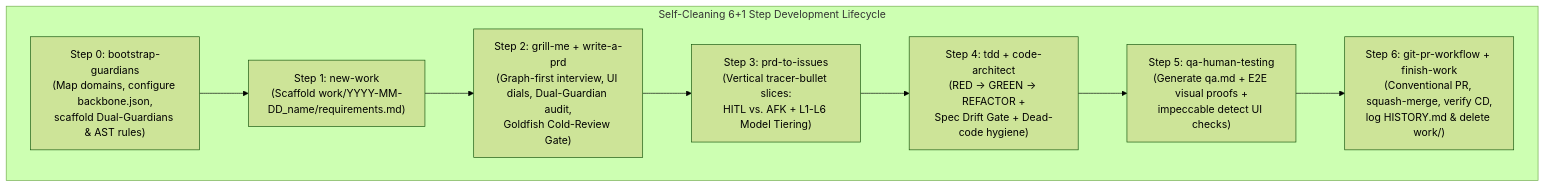
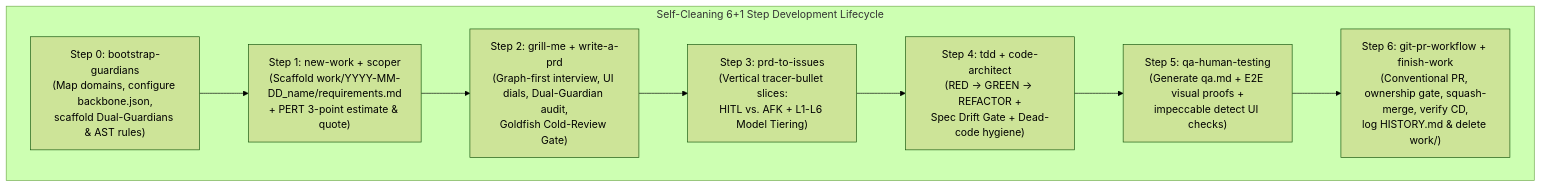
The diagram in README.md (luizreverso/chassi), drawn with Mermaid (forest theme) before and after one commit. The commit also changed other lines of this file and 22 other files, not shown here.

````diff
--- a/README.md
+++ b/README.md
@@ -9,13 +9,13 @@
 ```mermaid
 flowchart TD
     subgraph Lifecycle["Self-Cleaning 6+1 Step Development Lifecycle"]
         S0["Step 0: bootstrap-guardians<br/>(Map domains, configure backbone.json,<br/>scaffold Dual-Guardians & AST rules)"]
-        S1["Step 1: new-work<br/>(Scaffold work/YYYY-MM-DD_name/requirements.md)"]
+        S1["Step 1: new-work + scoper<br/>(Scaffold work/YYYY-MM-DD_name/requirements.md<br/>+ PERT 3-point estimate & quote)"]
         S2["Step 2: grill-me + write-a-prd<br/>(Graph-first interview, UI dials, Dual-Guardian audit,<br/>Goldfish Cold-Review Gate)"]
         S3["Step 3: prd-to-issues<br/>(Vertical tracer-bullet slices:<br/>HITL vs. AFK + L1-L6 Model Tiering)"]
         S4["Step 4: tdd + code-architect<br/>(RED -> GREEN -> REFACTOR +<br/>Spec Drift Gate + Dead-code hygiene)"]
         S5["Step 5: qa-human-testing<br/>(Generate qa.md + E2E visual proofs +<br/>impeccable detect UI checks)"]
-        S6["Step 6: git-pr-workflow + finish-work<br/>(Conventional PR, squash-merge, verify CD,<br/>log HISTORY.md & delete work/<folder>)"]
+        S6["Step 6: git-pr-workflow + finish-work<br/>(Conventional PR, ownership gate, squash-merge, verify CD,<br/>log HISTORY.md & delete work/<folder>)"]
         S0 --> S1 --> S2 --> S3 --> S4 --> S5 --> S6
     end
 ```
````
